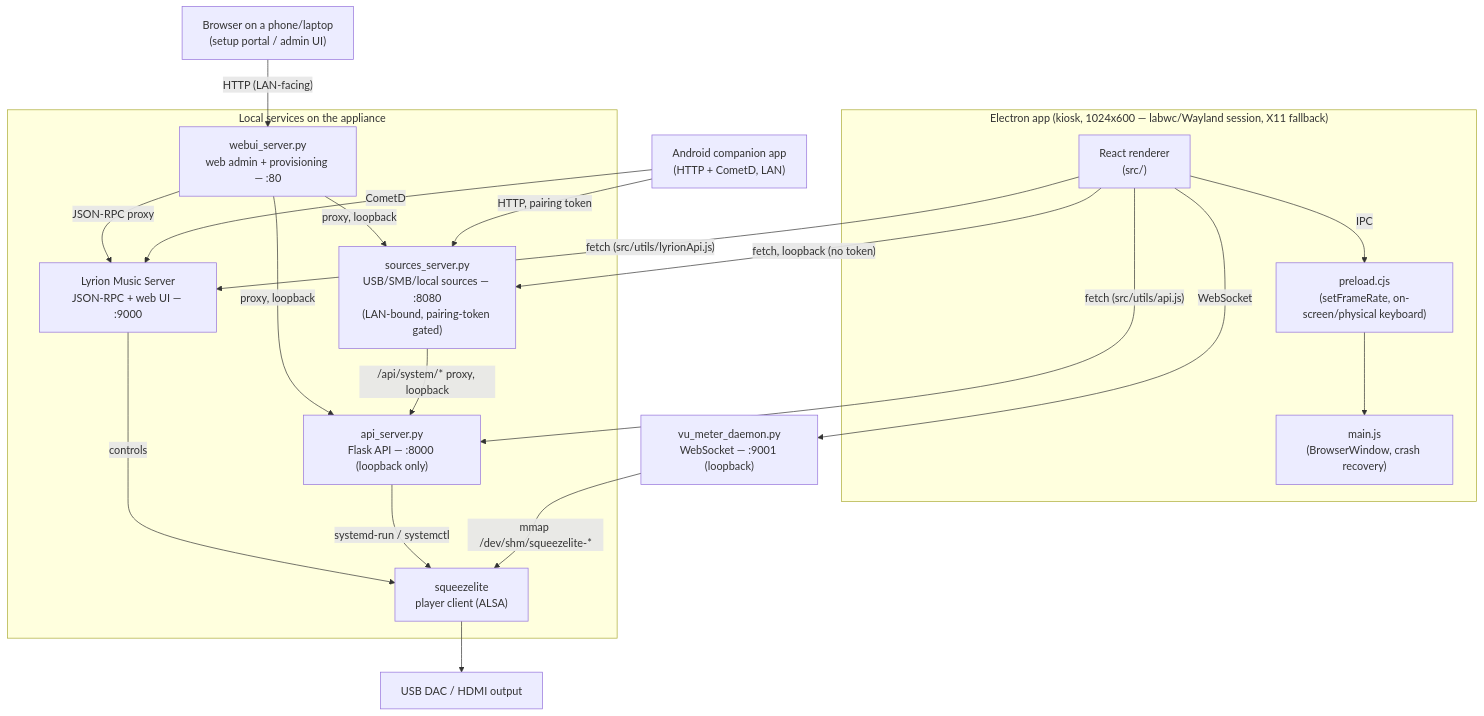
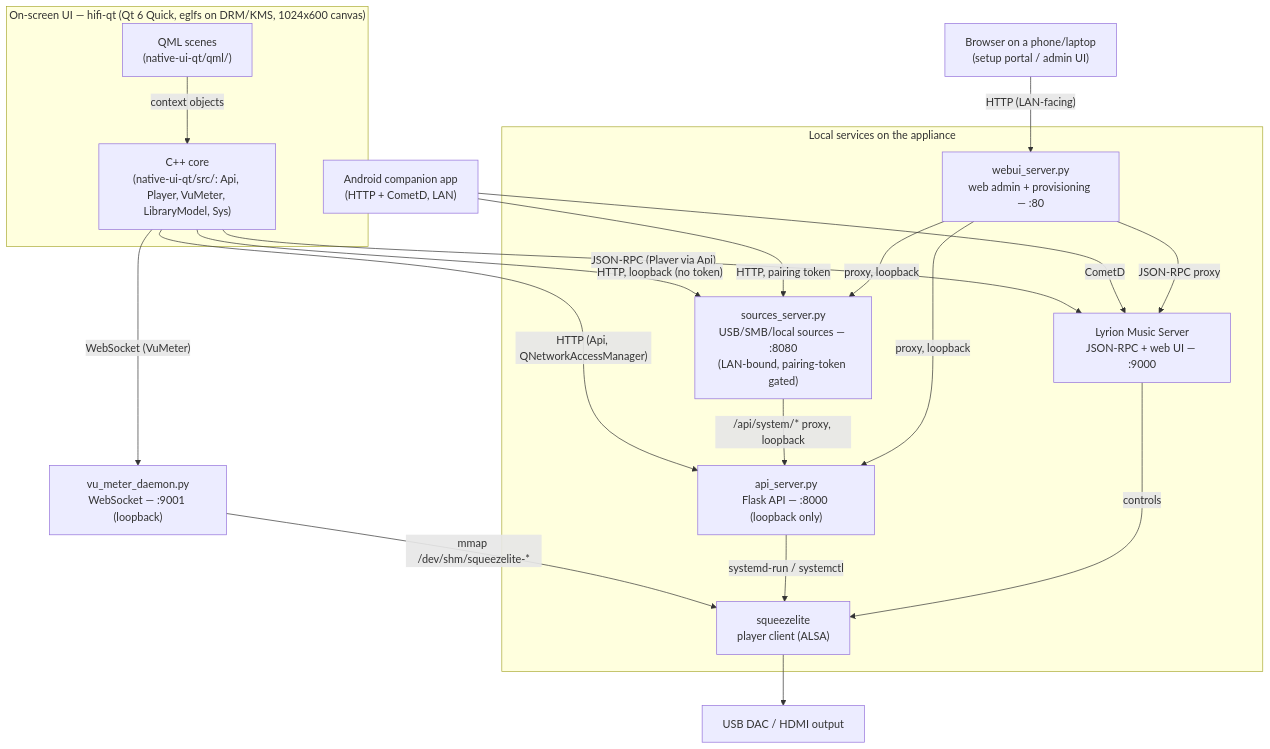
One commit to adri6412/osmium-sound changed the diagram in ARCHITECTURE.md. Above: the diagram before and after it, drawn with Mermaid. The commit also changed other lines of this file and 10 other files, not shown here.

````diff
--- a/ARCHITECTURE.md
+++ b/ARCHITECTURE.md
@@ -9,39 +9,37 @@
 ```mermaid
 flowchart TB
-    subgraph UI["Electron app (kiosk, 1024x600 — labwc/Wayland session, X11 fallback)"]
-        Renderer["React renderer\n(src/)"]
-        Preload["preload.cjs\n(setFrameRate, on-screen/physical keyboard)"]
-        Main["main.js\n(BrowserWindow, crash recovery)"]
+    subgraph UI["On-screen UI — hifi-qt (Qt 6 Quick, eglfs on DRM/KMS, 1024x600 canvas)"]
+        QML["QML scenes\n(native-ui-qt/qml/)"]
+        Core["C++ core\n(native-ui-qt/src/: Api, Player, VuMeter, LibraryModel, Sys)"]
     end
 
     subgraph Local["Local services on the appliance"]
         Flask["api_server.py\nFlask API — :8000 (loopback only)"]
         Sources["sources_server.py\nUSB/SMB/local sources — :8080\n(LAN-bound, pairing-token gated)"]
         WebUI["webui_server.py\nweb admin + provisioning — :80"]
         Lyrion["Lyrion Music Server\nJSON-RPC + web UI — :9000"]
         Squeezelite["squeezelite\nplayer client (ALSA)"]
     end
 
     VU["vu_meter_daemon.py\nWebSocket — :9001 (loopback)"]
     DAC["USB DAC / HDMI output"]
     Phone["Android companion app\n(HTTP + CometD, LAN)"]
     Browser["Browser on a phone/laptop\n(setup portal / admin UI)"]
 
-    Renderer -- IPC --> Preload
-    Preload --> Main
-    Renderer -- "fetch (src/utils/api.js)" --> Flask
-    Renderer -- "fetch (src/utils/lyrionApi.js)" --> Lyrion
-    Renderer -- "fetch, loopback (no token)" --> Sources
-    Renderer -- WebSocket --> VU
+    QML -- "context objects" --> Core
+    Core -- "HTTP (Api, QNetworkAccessManager)" --> Flask
+    Core -- "JSON-RPC (Player via Api)" --> Lyrion
+    Core -- "HTTP, loopback (no token)" --> Sources
+    Core -- "WebSocket (VuMeter)" --> VU
     VU -- "mmap /dev/shm/squeezelite-*" --> Squeezelite
     Flask -- systemd-run / systemctl --> Squeezelite
     Lyrion -- controls --> Squeezelite
     Squeezelite --> DAC
     Phone -- "HTTP, pairing token" --> Sources
     Phone -- CometD --> Lyrion
     Sources -- "/api/system/* proxy, loopback" --> Flask
     Browser -- "HTTP (LAN-facing)" --> WebUI
     WebUI -- "proxy, loopback" --> Flask
     WebUI -- "proxy, loopback" --> Sources
     WebUI -- "JSON-RPC proxy" --> Lyrion
 ```
````
